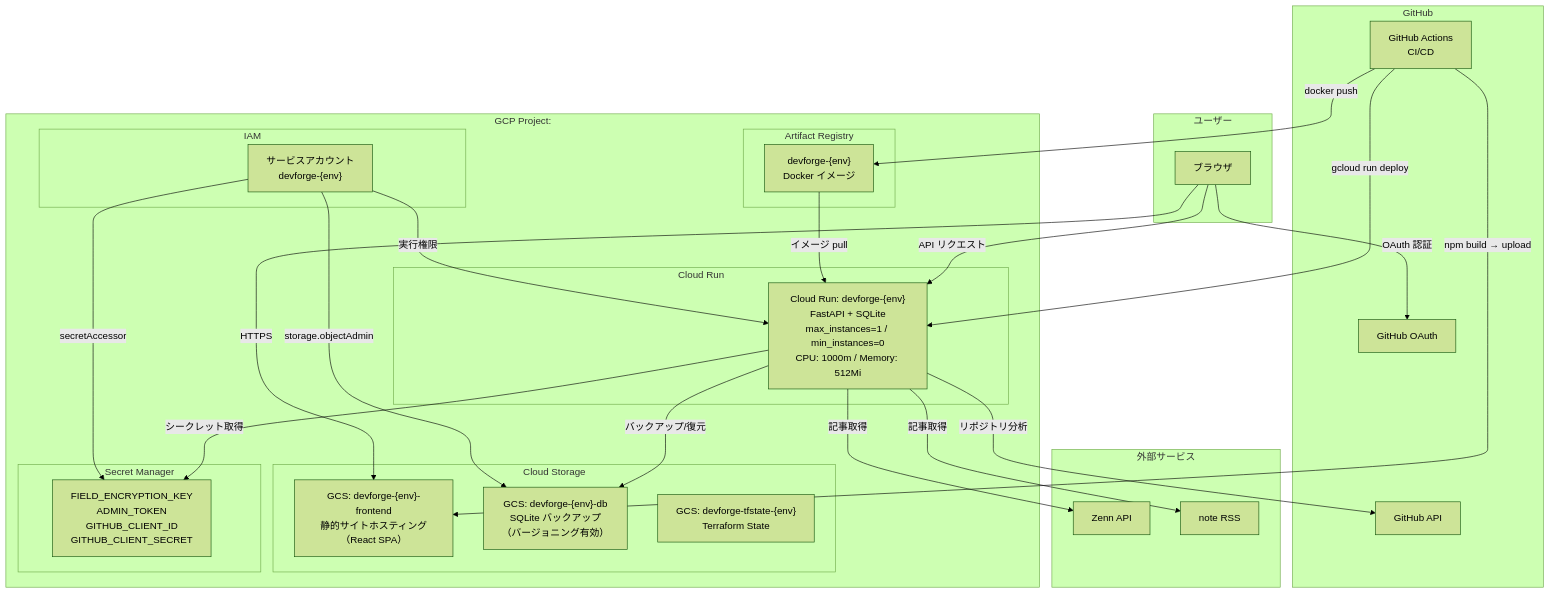
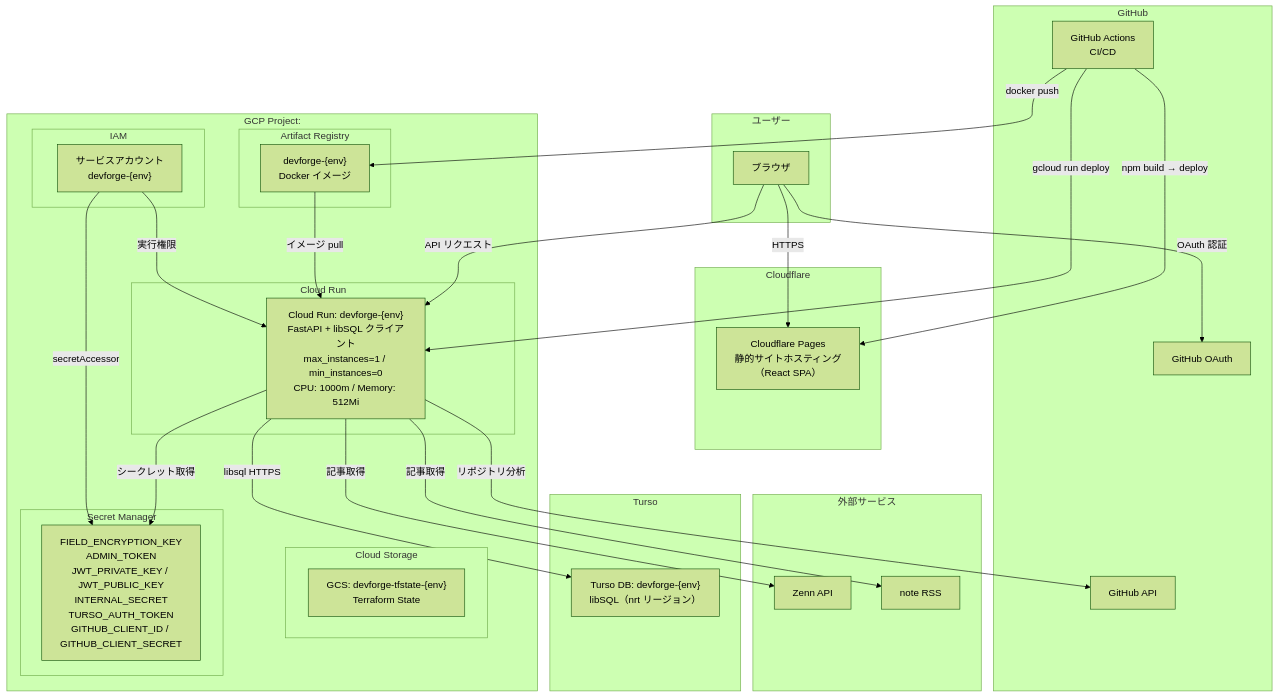
One commit to yusuke0610/yakini changed the diagram in README.md. Above: the diagram before and after it, drawn with Mermaid (forest theme). The commit also changed other lines of this file and 32 other files, not shown here.

````diff
--- a/README.md
+++ b/README.md
@@ -342,59 +335,64 @@
 ```mermaid
 graph TB
     subgraph "ユーザー"
         Browser["ブラウザ"]
     end
 
     subgraph "GitHub"
         GitHubActions["GitHub Actions<br/>CI/CD"]
         GitHubOAuth["GitHub OAuth"]
         GitHubAPI["GitHub API"]
     end
 
     subgraph "外部サービス"
         ZennAPI["Zenn API"]
         NoteRSS["note RSS"]
     end
 
+    subgraph "Cloudflare"
+        CFPages["Cloudflare Pages<br/>静的サイトホスティング<br/>（React SPA）"]
+    end
+
+    subgraph "Turso"
+        TursoDB["Turso DB: devforge-{env}<br/>libSQL（nrt リージョン）"]
+    end
+
     subgraph "GCP Project: <PROJECT_ID>"
         subgraph "Cloud Storage"
-            FrontendBucket["GCS: devforge-{env}-frontend<br/>静的サイトホスティング<br/>（React SPA）"]
-            DBBackupBucket["GCS: devforge-{env}-db<br/>SQLite バックアップ<br/>（バージョニング有効）"]
             TfstateBucket["GCS: devforge-tfstate-{env}<br/>Terraform State"]
         end
 
         subgraph "Cloud Run"
-            CloudRun["Cloud Run: devforge-{env}<br/>FastAPI + SQLite<br/>max_instances=1 / min_instances=0<br/>CPU: 1000m / Memory: 512Mi"]
+            CloudRun["Cloud Run: devforge-{env}<br/>FastAPI + libSQL クライアント<br/>max_instances=1 / min_instances=0<br/>CPU: 1000m / Memory: 512Mi"]
         end
 
         subgraph "Artifact Registry"
             AR["devforge-{env}<br/>Docker イメージ"]
         end
 
         subgraph "Secret Manager"
-            Secrets["FIELD_ENCRYPTION_KEY<br/>ADMIN_TOKEN<br/>GITHUB_CLIENT_ID<br/>GITHUB_CLIENT_SECRET"]
+            Secrets["FIELD_ENCRYPTION_KEY<br/>ADMIN_TOKEN<br/>JWT_PRIVATE_KEY / JWT_PUBLIC_KEY<br/>INTERNAL_SECRET<br/>TURSO_AUTH_TOKEN<br/>GITHUB_CLIENT_ID / GITHUB_CLIENT_SECRET"]
         end
 
         subgraph "IAM"
             SA["サービスアカウント<br/>devforge-{env}"]
         end
     end
 
-    Browser -->|"HTTPS"| FrontendBucket
+    Browser -->|"HTTPS"| CFPages
     Browser -->|"API リクエスト"| CloudRun
     Browser -->|"OAuth 認証"| GitHubOAuth
 
-    GitHubActions -->|"npm build → upload"| FrontendBucket
+    GitHubActions -->|"npm build → deploy"| CFPages
     GitHubActions -->|"docker push"| AR
     GitHubActions -->|"gcloud run deploy"| CloudRun
 
-    CloudRun -->|"バックアップ/復元"| DBBackupBucket
+    CloudRun -->|"libsql HTTPS"| TursoDB
     CloudRun -->|"シークレット取得"| Secrets
     CloudRun -->|"リポジトリ分析"| GitHubAPI
     CloudRun -->|"記事取得"| ZennAPI
     CloudRun -->|"記事取得"| NoteRSS
     AR -->|"イメージ pull"| CloudRun
     SA -->|"実行権限"| CloudRun
-    SA -->|"storage.objectAdmin"| DBBackupBucket
     SA -->|"secretAccessor"| Secrets
 ```
````
